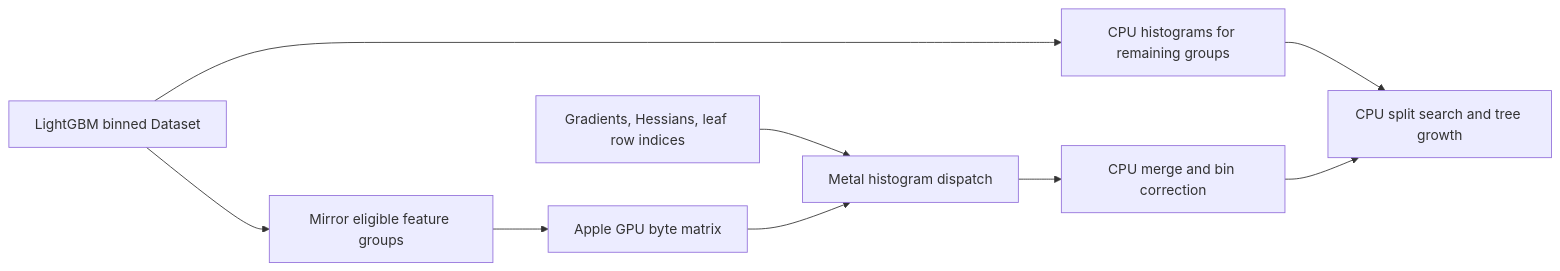
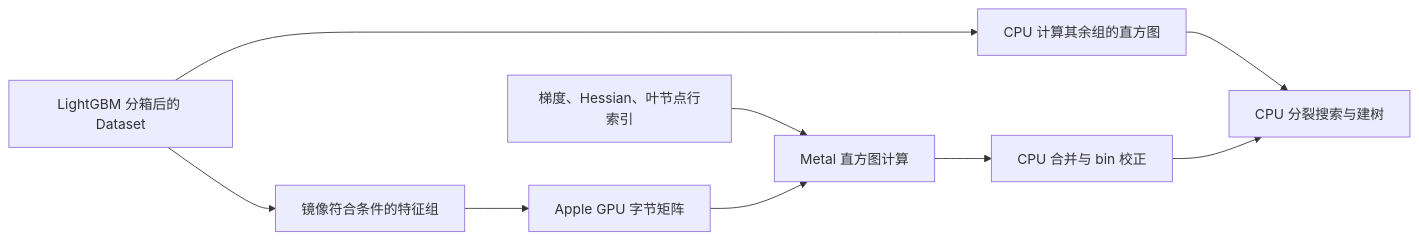
One commit to cuiyx35/LightGBM-Metal changed the diagram in docs/Metal-Development.md. Above: the diagram before and after it, drawn with Mermaid. The commit also changed other lines of this file and 13 other files, not shown here.

````diff
--- a/docs/Metal-Development.md
+++ b/docs/Metal-Development.md
@@ -10,11 +9,11 @@
-```mermaid
+~~~mermaid
 flowchart LR
-    A[LightGBM binned Dataset] --> B[Mirror eligible feature groups]
-    B --> C[Apple GPU byte matrix]
-    D[Gradients, Hessians, leaf row indices] --> E[Metal histogram dispatch]
+    A[LightGBM 分箱后的 Dataset] --> B[镜像符合条件的特征组]
+    B --> C[Apple GPU 字节矩阵]
+    D[梯度、Hessian、叶节点行索引] --> E[Metal 直方图计算]
     C --> E
-    A --> F[CPU histograms for remaining groups]
-    E --> G[CPU merge and bin correction]
-    F --> H[CPU split search and tree growth]
+    A --> F[CPU 计算其余组的直方图]
+    E --> G[CPU 合并与 bin 校正]
+    F --> H[CPU 分裂搜索与建树]
     G --> H
-```
+~~~
````
